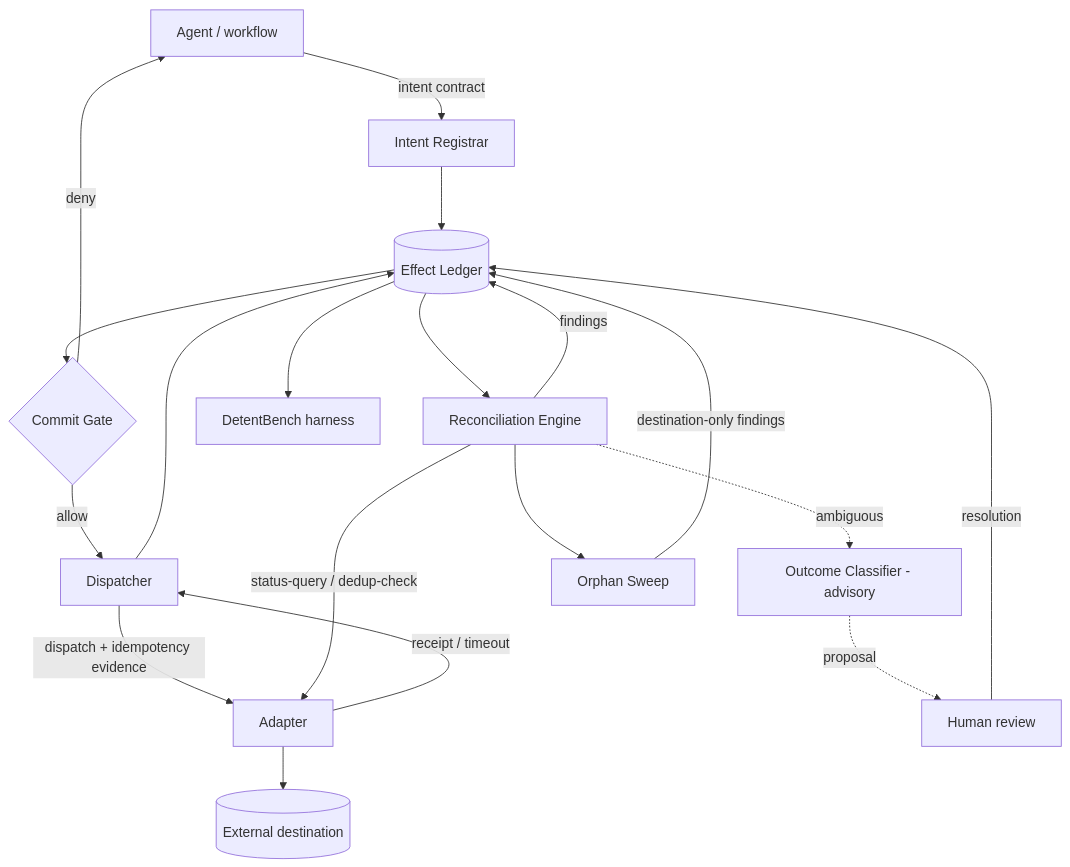
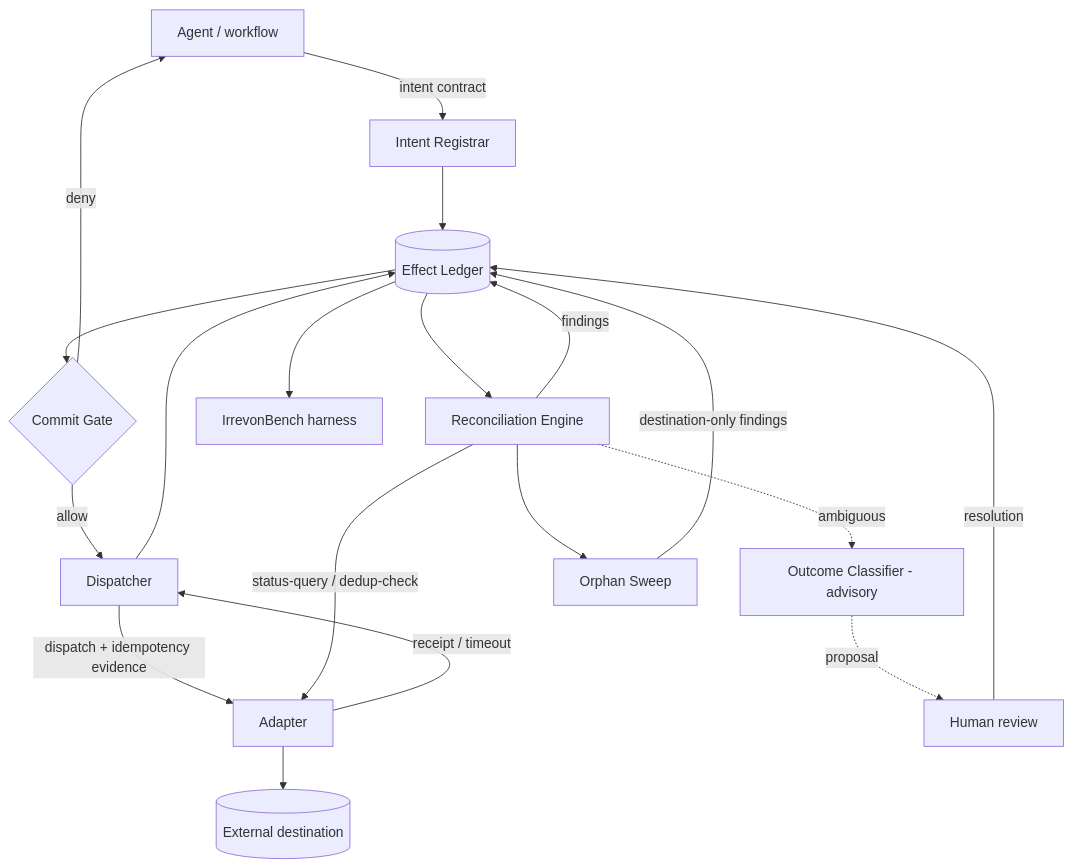
Before and after one commit to PranavMishra28/irrevon: the first of 4 diagrams in docs/master-doc.md, drawn with Mermaid. The commit also changed other lines of this file and 466 other files, not shown here.

````diff
--- a/docs/master-doc.md
+++ b/docs/master-doc.md
@@ -184,22 +184,22 @@
 ```mermaid
 flowchart TD
   W[Agent / workflow] -->|intent contract| IR[Intent Registrar]
   IR --> L[(Effect Ledger)]
   L --> CG{Commit Gate}
   CG -->|deny| W
   CG -->|allow| D[Dispatcher]
   D -->|dispatch + idempotency evidence| A[Adapter]
   A --> X[(External destination)]
   A -->|receipt / timeout| D
   D --> L
   L --> RE[Reconciliation Engine]
   RE -->|status-query / dedup-check| A
   RE -->|findings| L
   RE -.ambiguous.-> OC[Outcome Classifier - advisory]
   OC -.proposal.-> HR[Human review]
   HR -->|resolution| L
   RE --> SW[Orphan Sweep]
   SW -->|destination-only findings| L
-  L --> EB[DetentBench harness]
+  L --> EB[IrrevonBench harness]
 
 ```
````
